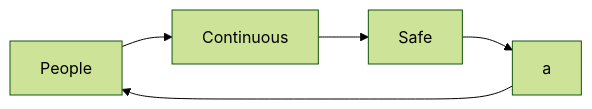
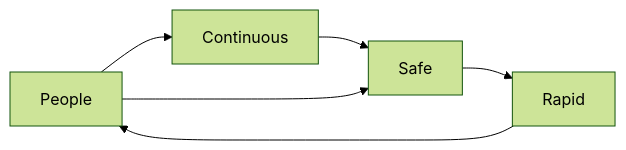
The first of 2 diagrams in QI/readme.md (infchg/infchg.github.io), drawn with Mermaid (forest theme) before and after one commit. The commit also changed other lines of this file, not shown here.

````diff
--- a/QI/readme.md
+++ b/QI/readme.md
@@ -75,8 +81,10 @@
 ```mermaid
 graph LR;
     People-->Continuous;
  
    Continuous-->Safe;
-   Safe-->a;
-   a-->People;
+   Safe-->Rapid;
+   Rapid-->People;
+   
+   People-->Safe;
 ```
````
